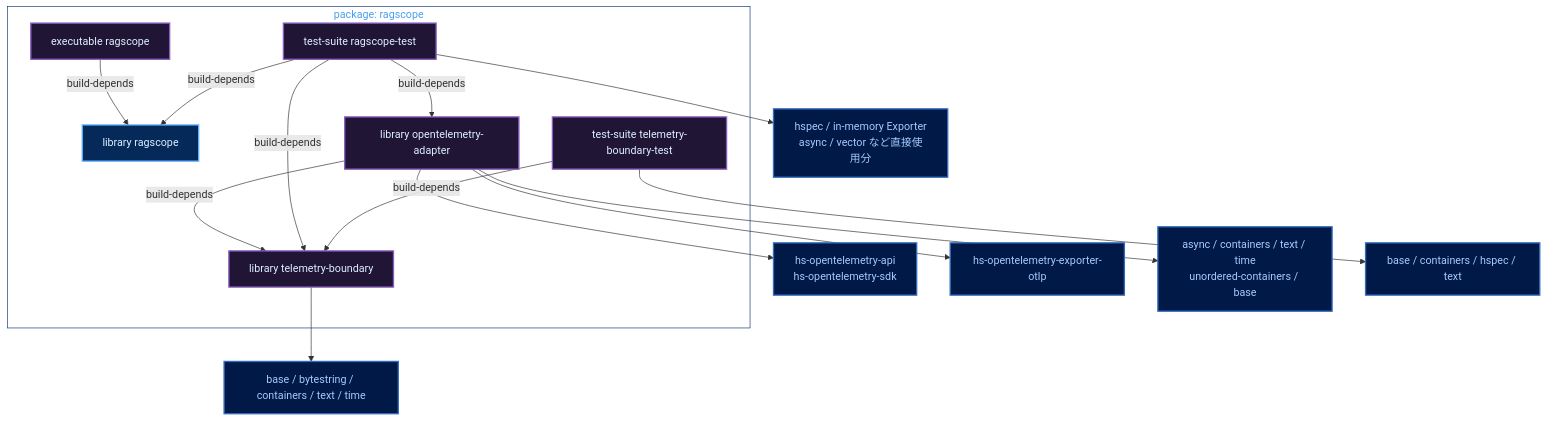
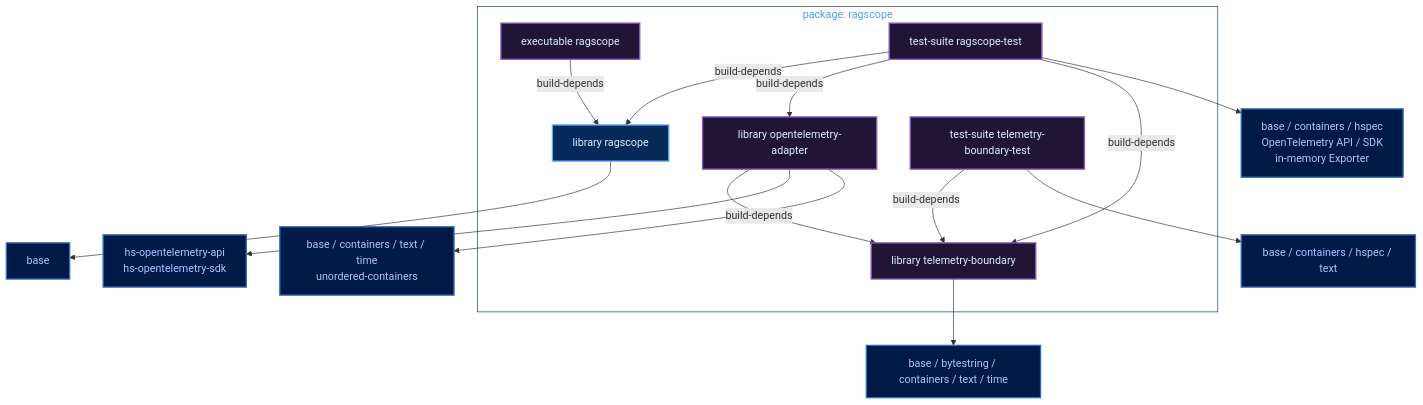
Before and after one commit to takashit16833/Workbench: the first of 4 diagrams in Notes/RAGScope/RAGScopeアプリケーション/RAGScopeアプリケーション Haskellライブラリ・モジュールマップ.md, drawn with Mermaid. The commit also changed other lines of this file, not shown here.

````diff
--- a/Notes/RAGScope/RAGScopeアプリケーション/RAGScopeアプリケーション Haskellライブラリ・モジュールマップ.md
+++ b/Notes/RAGScope/RAGScopeアプリケーション/RAGScopeアプリケーション Haskellライブラリ・モジュールマップ.md
@@ -9,34 +11,34 @@
 ```mermaid
 flowchart TB
   subgraph package["package: ragscope"]
     mainlib["library ragscope"]
     boundary["library telemetry-boundary"]
     adapter["library opentelemetry-adapter"]
     executable["executable ragscope"]
     tests["test-suite ragscope-test"]
     boundaryTests["test-suite telemetry-boundary-test"]
   end
 
   adapter -->|build-depends| boundary
   executable -->|build-depends| mainlib
+  tests -->|build-depends| mainlib
   tests -->|build-depends| adapter
   tests -->|build-depends| boundary
-  tests -->|build-depends| mainlib
   boundaryTests -->|build-depends| boundary
 
+  mainlib --> mainBase["base"]
   boundary --> basic["base / bytestring / containers / text / time"]
   adapter --> sdk["hs-opentelemetry-api<br/>hs-opentelemetry-sdk"]
-  adapter --> otlp["hs-opentelemetry-exporter-otlp"]
-  adapter --> tools["async / containers / text / time<br/>unordered-containers / base"]
-  tests --> testDeps["hspec / in-memory Exporter<br/>async / vector など直接使用分"]
+  adapter --> tools["base / containers / text / time<br/>unordered-containers"]
+  tests --> testDeps["base / containers / hspec<br/>OpenTelemetry API / SDK<br/>in-memory Exporter"]
   boundaryTests --> pureTest["base / containers / hspec / text"]
 
   classDef public fill:#052A59,stroke:#5EAFFF,color:#DDF0FF,stroke-width:2px
   classDef private fill:#211536,stroke:#8A5EC0,color:#DDF0FF,stroke-width:2px
   classDef external fill:#001947,stroke:#316CBD,color:#A6CAFF,stroke-width:2px
 
   class mainlib public
   class boundary,adapter,executable,tests,boundaryTests private
-  class basic,sdk,otlp,tools,testDeps,pureTest external
+  class mainBase,basic,sdk,tools,testDeps,pureTest external
   style package fill:transparent,stroke:#153A75,color:#4C9EEB
 ```
````
